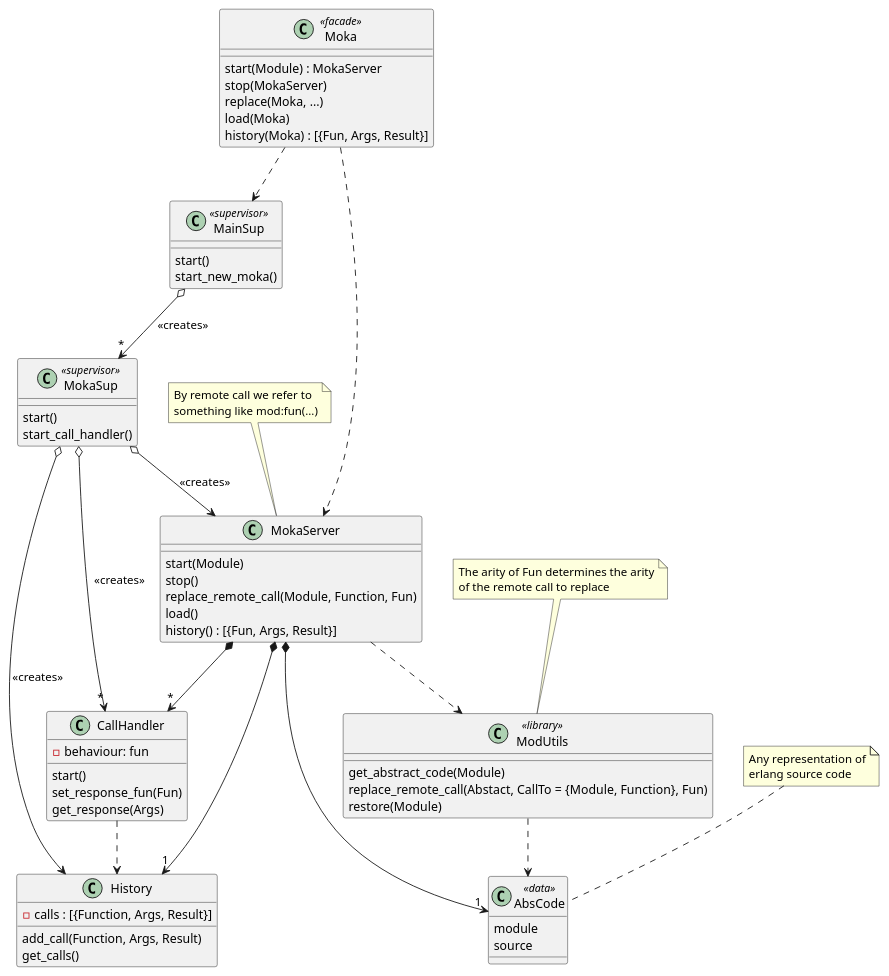
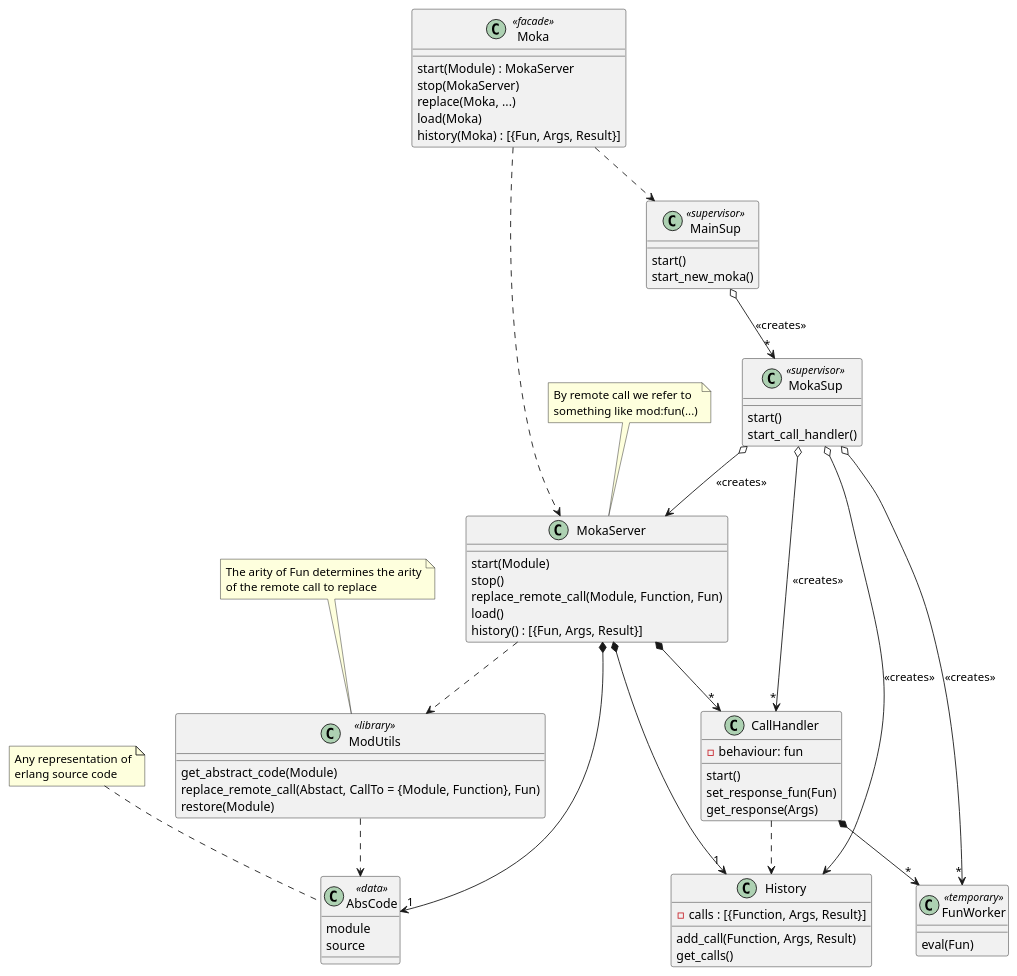
The diagram in doc/design/classes.puml (samuelrivas/moka), drawn with PlantUML before and after one commit.

Commit message:
DOC update the class diagram
We need a worker to evaluate funs

```diff
--- a/doc/design/classes.puml
+++ b/doc/design/classes.puml
@@ -1,90 +1,96 @@
 @startuml
 
 class Moka <<facade>> {
   start(Module) : MokaServer
   stop(MokaServer)
   replace(Moka, ...)
   load(Moka)
   history(Moka) : [{Fun, Args, Result}]
 }
 
 class MokaServer {
 
   start(Module)
   stop()
   replace_remote_call(Module, Function, Fun)
   load()
   history() : [{Fun, Args, Result}]
 }
 
 note as M1
   By remote call we refer to
   something like mod:fun(...)
 end note
 
 M1 .. MokaServer
 
 class ModUtils <<library>> {
   get_abstract_code(Module)
   replace_remote_call(Abstact, CallTo = {Module, Function}, Fun)
   restore(Module)
 }
 
 note as M2
   The arity of Fun determines the arity
   of the remote call to replace
 end note
 
 M2 .. ModUtils
 
 class AbsCode <<data>> {
   module
   source
 }
 
 class CallHandler {
   - behaviour: fun
 
   start()
   set_response_fun(Fun)
   get_response(Args)
 }
 
+class FunWorker  <<temporary>> {
+  eval(Fun)
+}
+
 class History {
   - calls : [{Function, Args, Result}]
 
   add_call(Function, Args, Result)
   get_calls()
 }
 
 note as M3
   Any representation of
   erlang source code
 end note
 M3 .. AbsCode
 
 class MainSup <<supervisor>> {
   start()
   start_new_moka()
 }
 class MokaSup <<supervisor>> {
   start()
   start_call_handler()
 }
 
 Moka ..> MainSup
 Moka ..> MokaServer
 
 MokaServer *--> "*" CallHandler
 MokaServer *--> "1" AbsCode
 MokaServer *--> "1" History
 MokaServer  ..>     ModUtils
 ModUtils    ..>     AbsCode
 
 MainSup o--> "*" MokaSup     : <<creates>>
 MokaSup o-->     MokaServer  : <<creates>>
 MokaSup o--> "*" CallHandler : <<creates>>
 MokaSup o-->     History     : <<creates>>
+MokaSup o--> "*" FunWorker   : <<creates>>
 
-CallHandler ..> History
+CallHandler  ..>     History
+CallHandler *--> "*" FunWorker
 @enduml
```
